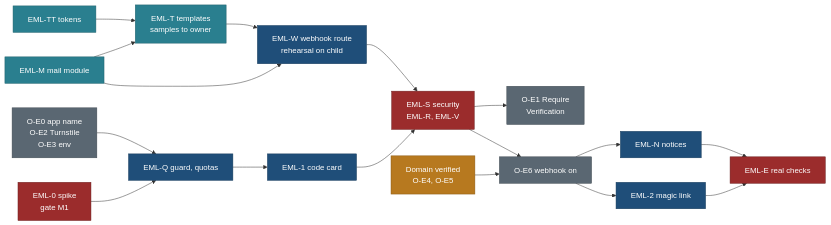
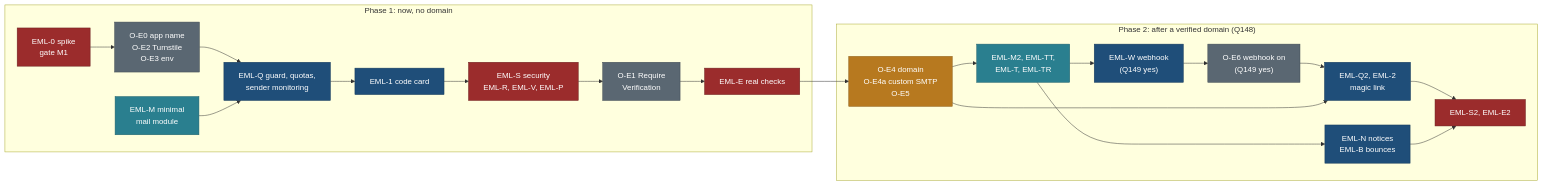
Before and after one commit to nitin27may/travel: the fifth of 5 diagrams in docs/v2/features/email-sign-in-and-account-emails.md, drawn with Mermaid. The commit also changed other lines of this file and 6 other files, not shown here.

First line of the commit message:
docs(v2): email plan trimmed to shared sender first (Phase 1 now, Phase 2 after a domain)

````diff
--- a/docs/v2/features/email-sign-in-and-account-emails.md
+++ b/docs/v2/features/email-sign-in-and-account-emails.md
@@ -938,34 +1089,37 @@
 ```mermaid
 flowchart LR
   classDef core fill:#1F4E79,stroke:#163A5A,color:#FFFFFF
   classDef data fill:#2A7F8F,stroke:#1E5F6B,color:#FFFFFF
   classDef ext fill:#B7791F,stroke:#8A5A12,color:#FFFFFF
   classDef gate fill:#9B2C2C,stroke:#6B1E1E,color:#FFFFFF
   classDef infra fill:#5A6772,stroke:#3E4850,color:#FFFFFF
 
-  O0["O-E0 app name<br/>O-E2 Turnstile<br/>O-E3 env"]:::infra
-  S0["EML-0 spike<br/>gate M1"]:::gate
-  M["EML-M mail module"]:::data
-  TT["EML-TT tokens"]:::data
-  T["EML-T templates<br/>samples to owner"]:::data
-  Q["EML-Q guard, quotas"]:::core
-  C1["EML-1 code card"]:::core
-  W["EML-W webhook route<br/>rehearsal on child"]:::core
-  S["EML-S security<br/>EML-R, EML-V"]:::gate
-  V1["O-E1 Require<br/>Verification"]:::infra
-  DOM["Domain verified<br/>O-E4, O-E5"]:::ext
-  ON["O-E6 webhook on"]:::infra
-  L["EML-2 magic link"]:::core
-  N["EML-N notices"]:::core
-  E["EML-E real checks"]:::gate
+  subgraph P1["Phase 1: now, no domain"]
+    S0["EML-0 spike<br/>gate M1"]:::gate
+    O0["O-E0 app name<br/>O-E2 Turnstile<br/>O-E3 env"]:::infra
+    M["EML-M minimal<br/>mail module"]:::data
+    Q["EML-Q guard, quotas,<br/>sender monitoring"]:::core
+    C1["EML-1 code card"]:::core
+    S["EML-S security<br/>EML-R, EML-V, EML-P"]:::gate
+    V1["O-E1 Require<br/>Verification"]:::infra
+    E1["EML-E real checks"]:::gate
+  end
+  subgraph P2["Phase 2: after a verified domain (Q148)"]
+    DOM["O-E4 domain<br/>O-E4a custom SMTP<br/>O-E5"]:::ext
+    M2["EML-M2, EML-TT,<br/>EML-T, EML-TR"]:::data
+    W["EML-W webhook<br/>(Q149 yes)"]:::core
+    ON["O-E6 webhook on<br/>(Q149 yes)"]:::infra
+    L["EML-Q2, EML-2<br/>magic link"]:::core
+    N["EML-N notices<br/>EML-B bounces"]:::core
+    E2["EML-S2, EML-E2"]:::gate
+  end
 
-  S0 --> Q --> C1 --> S --> V1
-  M --> T
-  TT --> T
-  M --> W
-  T --> W --> S
-  O0 --> Q
-  DOM --> ON
-  S --> ON --> L --> E
-  ON --> N --> E
+  S0 --> O0 --> Q
+  M --> Q --> C1 --> S --> V1 --> E1
+  E1 --> DOM
+  DOM --> M2 --> W --> ON --> L
+  DOM --> L
+  M2 --> N
+  L --> E2
+  N --> E2
 ```
````
